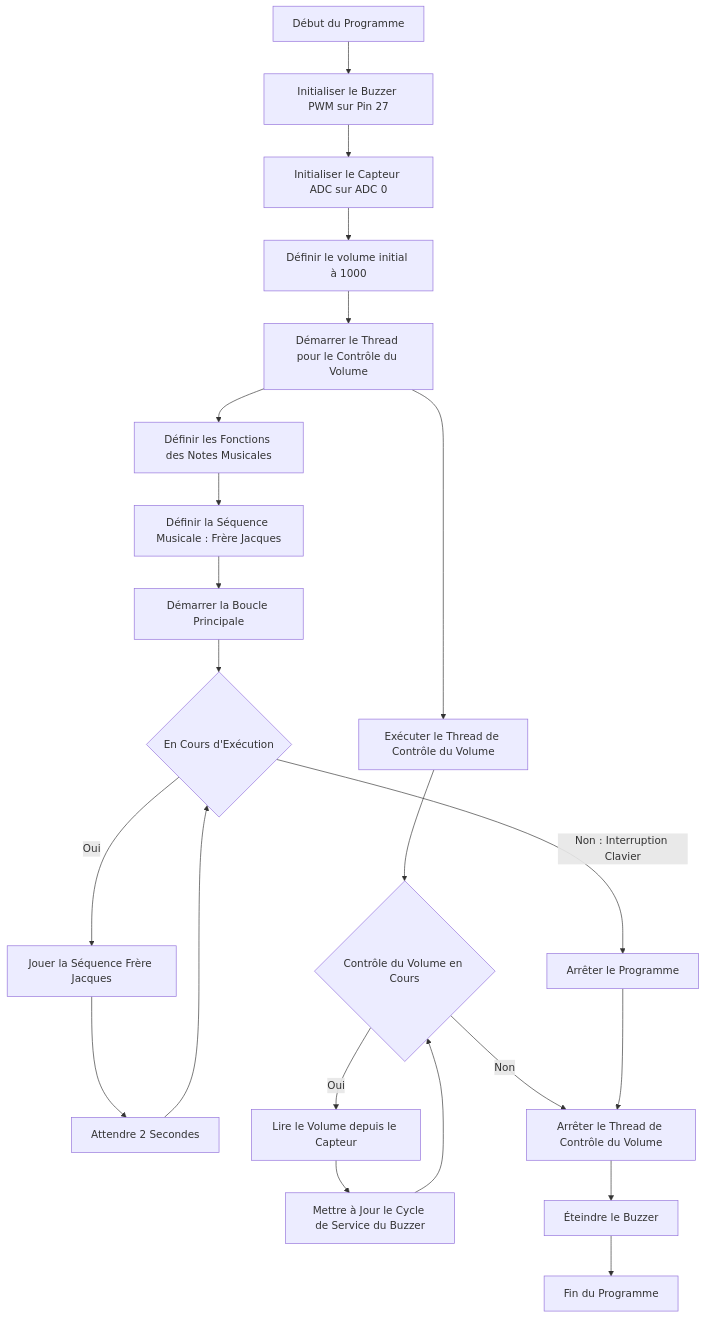
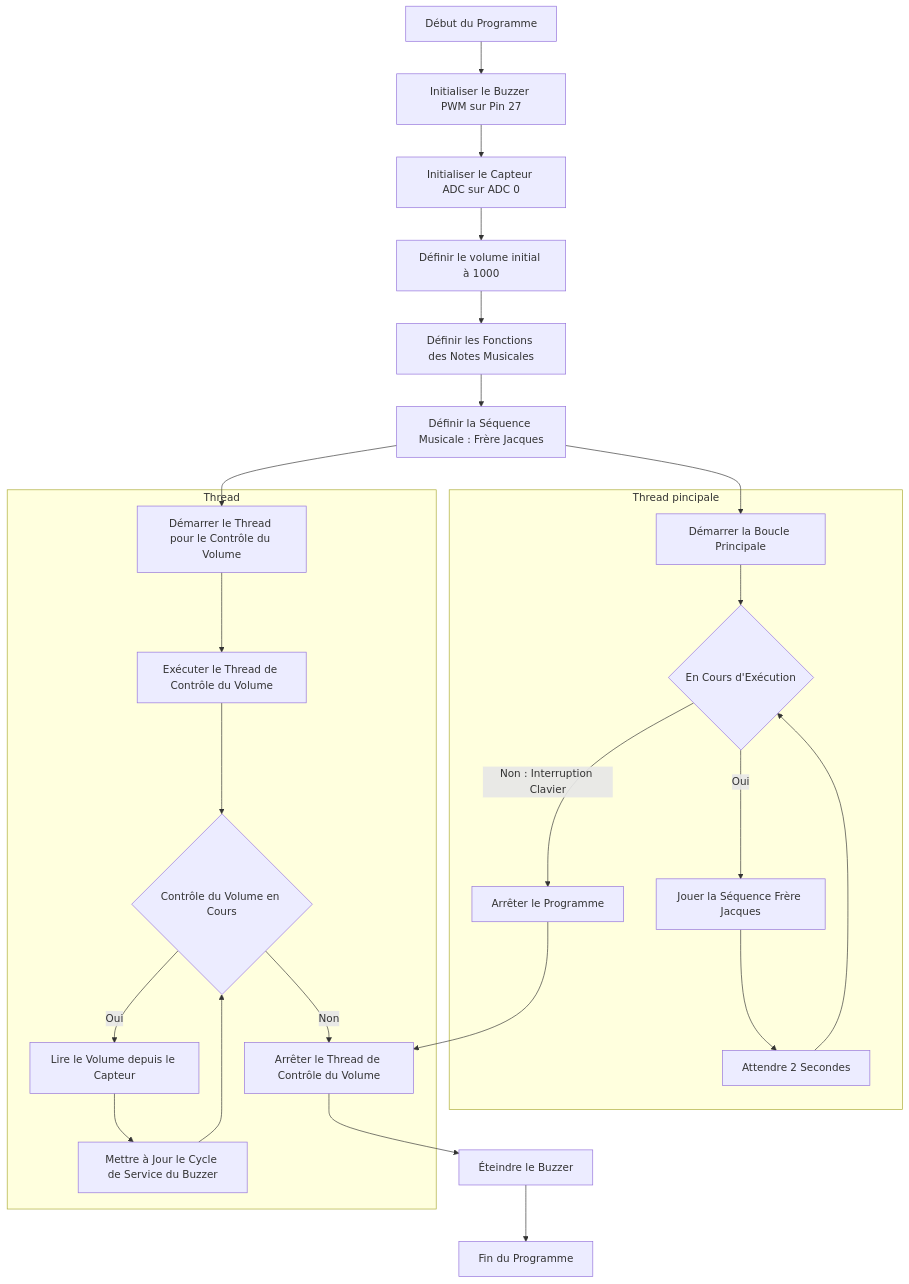
The diagram in AD-PWM/readme.md (GourmetSebastien/SmartCities), drawn with Mermaid before and after one commit. The commit also changed 3 other files, not shown here.

Commit message:
modification float chart

````diff
--- a/AD-PWM/readme.md
+++ b/AD-PWM/readme.md
@@ -28,30 +28,34 @@
 ```mermaid
 flowchart TD
     A[Début du Programme] --> B[Initialiser le Buzzer PWM sur Pin 27]
     B --> C[Initialiser le Capteur ADC sur ADC 0]
     C --> D[Définir le volume initial à 1000]
-    D --> E[Démarrer le Thread pour le Contrôle du Volume]
-    E --> F[Définir les Fonctions des Notes Musicales]
+    D --> F[Définir les Fonctions des Notes Musicales]
     F --> G[Définir la Séquence Musicale : Frère Jacques]
+    G --> E[Démarrer le Thread pour le Contrôle du Volume]
     G --> H[Démarrer la Boucle Principale]
     
+    subgraph Thread pincipale
     H --> I{En Cours d'Exécution}
     I --> |Oui| J[Jouer la Séquence Frère Jacques]
     J --> K[Attendre 2 Secondes]
     K --> I
     I --> |Non : Interruption Clavier| L[Arrêter le Programme]
-    
+    end
+
+    subgraph Thread
     E --> M[Exécuter le Thread de Contrôle du Volume]
     M --> N{Contrôle du Volume en Cours}
     N --> |Oui| O[Lire le Volume depuis le Capteur]
     O --> P[Mettre à Jour le Cycle de Service du Buzzer]
     P --> N
     N --> |Non| Q[Arrêter le Thread de Contrôle du Volume]
+    end
     
     L --> Q
     Q --> R[Éteindre le Buzzer]
     R --> S[Fin du Programme]
 
 
 
 ```
````
